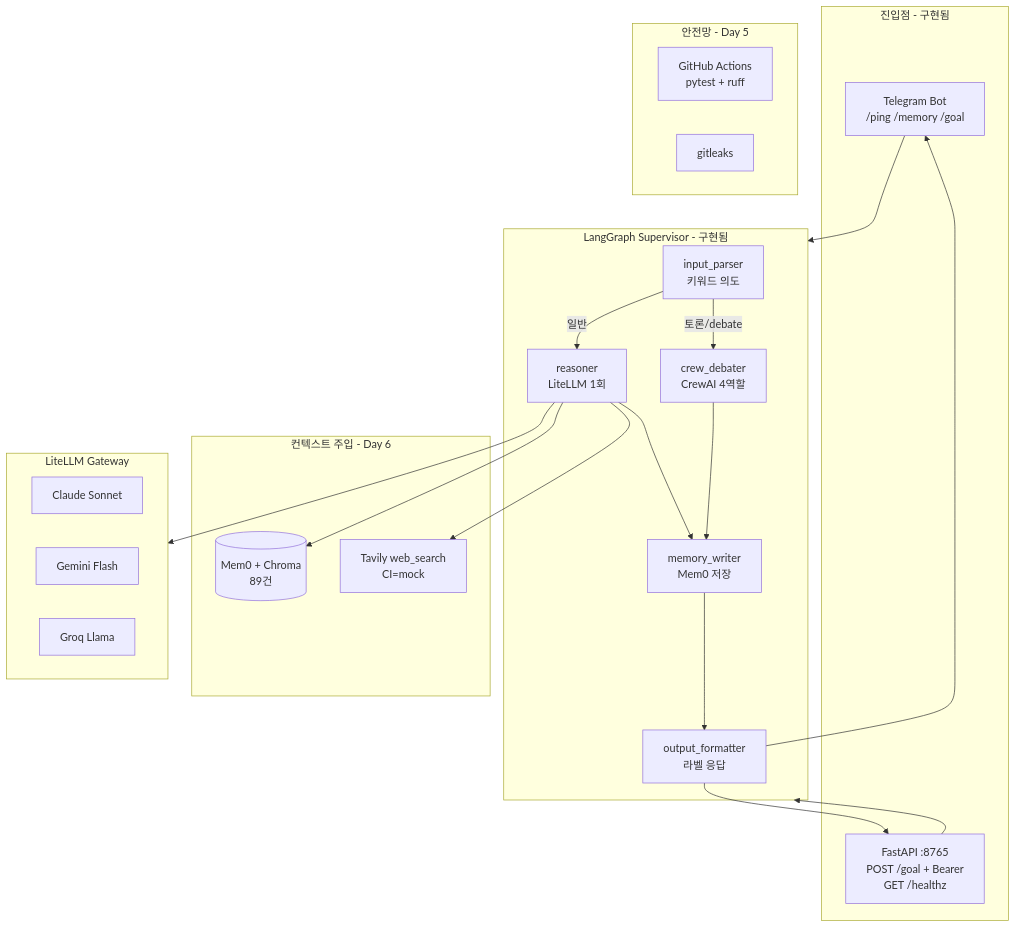
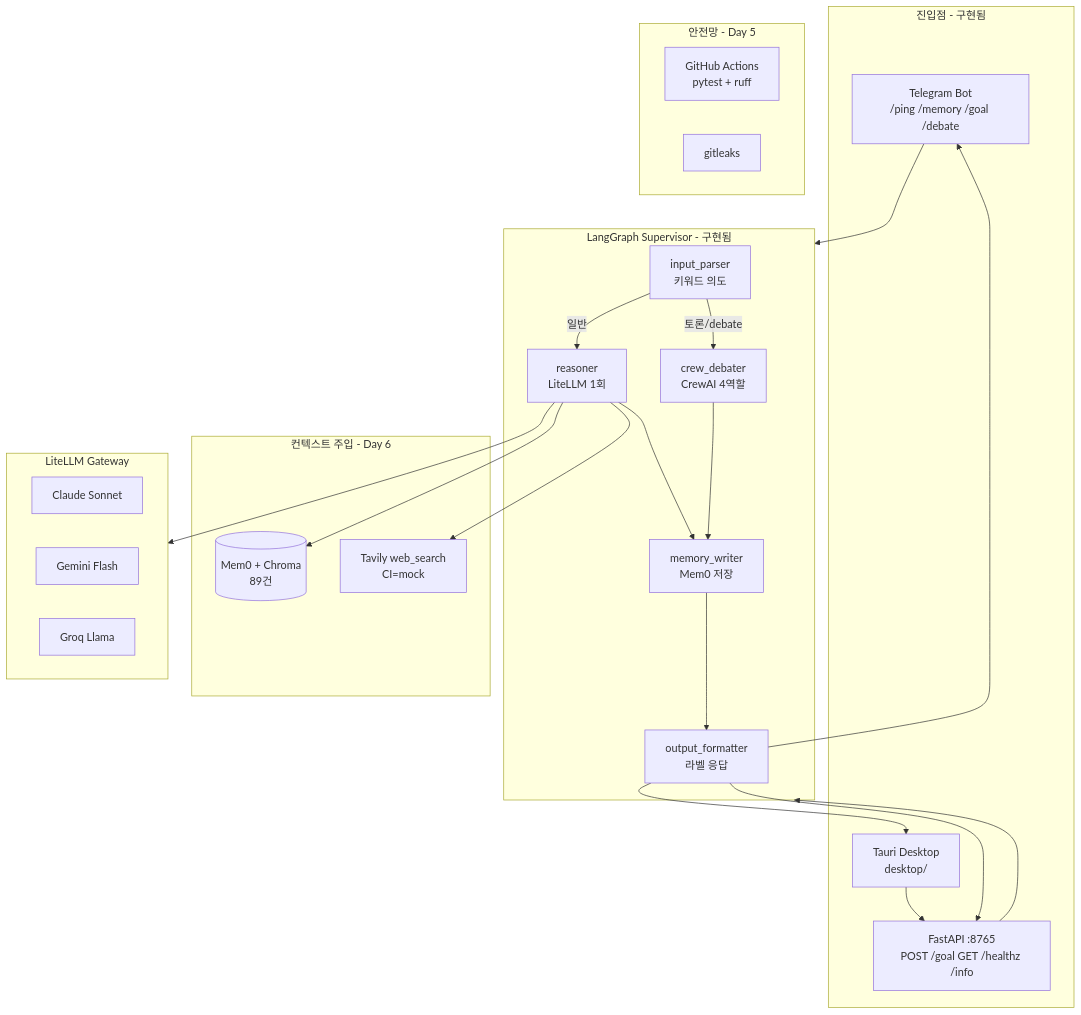
One commit to erozna/dokkebi-os-2 changed the first of 3 diagrams in docs/ARCHITECTURE.md. Above: the diagram before and after it, drawn with Mermaid. The commit also changed other lines of this file and 58 other files, not shown here.

First line of the commit message:
feat(desktop): Week 3 Tauri scaffold, sandbox, Korean i18n.

````diff
--- a/docs/ARCHITECTURE.md
+++ b/docs/ARCHITECTURE.md
@@ -7,43 +7,46 @@
 ```mermaid
 flowchart TB
     subgraph ingress [진입점 - 구현됨]
-        TG[Telegram Bot<br/>/ping /memory /goal]
-        API[FastAPI :8765<br/>POST /goal + Bearer<br/>GET /healthz]
+        TG[Telegram Bot<br/>/ping /memory /goal /debate]
+        API[FastAPI :8765<br/>POST /goal GET /healthz /info]
+        TAURI[Tauri Desktop<br/>desktop/]
     end
 
     subgraph supervisor [LangGraph Supervisor - 구현됨]
         IP[input_parser<br/>키워드 의도]
         R[reasoner<br/>LiteLLM 1회]
         CD[crew_debater<br/>CrewAI 4역할]
         MW[memory_writer<br/>Mem0 저장]
         OF[output_formatter<br/>라벨 응답]
         IP -->|일반| R --> MW
         IP -->|토론/debate| CD --> MW
         MW --> OF
     end
 
     subgraph context [컨텍스트 주입 - Day 6]
         MEM[(Mem0 + Chroma<br/>89건)]
         WEB[Tavily web_search<br/>CI=mock]
         R --> MEM
         R --> WEB
     end
 
     subgraph llm [LiteLLM Gateway]
         SONNET[Claude Sonnet]
         GEMINI[Gemini Flash]
         GROQ[Groq Llama]
     end
 
     R --> llm
 
     TG --> supervisor
     API --> supervisor
+    TAURI --> API
     OF --> TG
     OF --> API
+    OF --> TAURI
 
     subgraph ci [안전망 - Day 5]
         GHA[GitHub Actions<br/>pytest + ruff]
         GL[gitleaks]
     end
 ```
````
